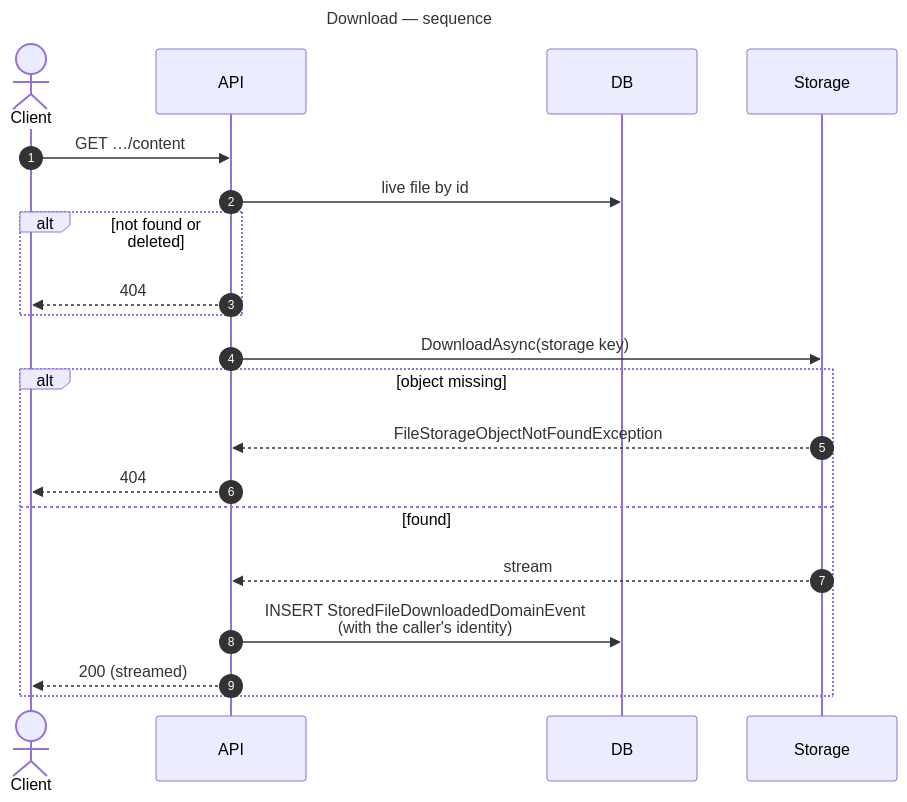
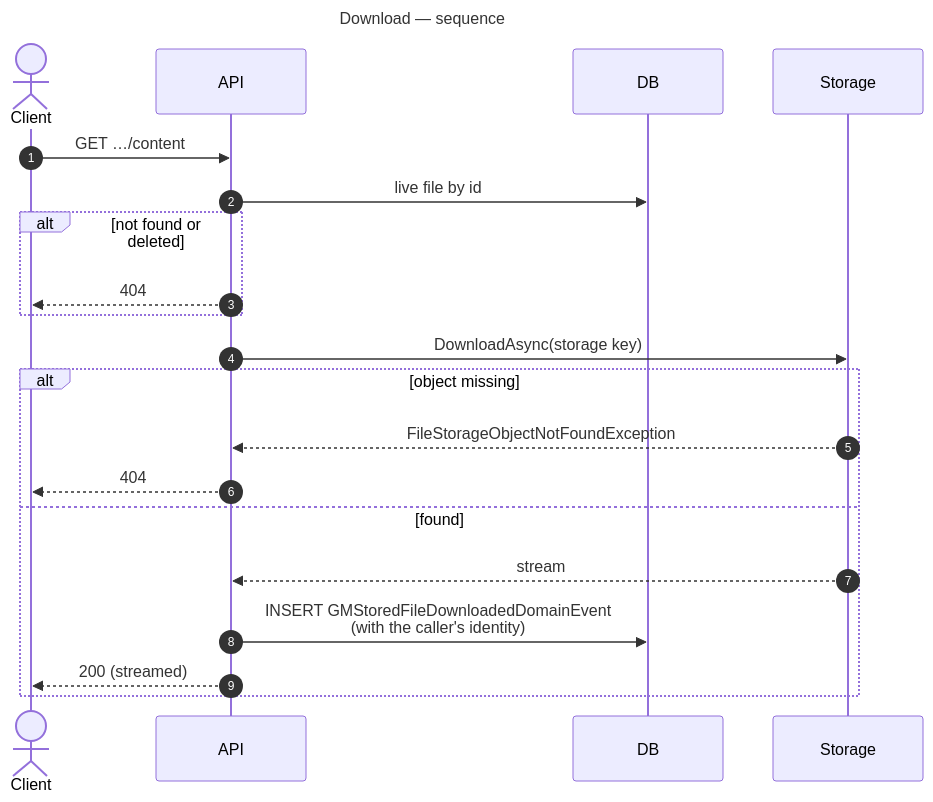
The seventh of 16 diagrams in docs/sequence-diagrams.md (gmetskhvarishvili/GM.FileStorage.Samples), drawn with Mermaid before and after one commit. The commit also changed 13 other files, not shown here.

````diff
--- a/docs/sequence-diagrams.md
+++ b/docs/sequence-diagrams.md
@@ -244,26 +244,26 @@
 ```mermaid
 ---
 title: Download — sequence
 ---
 sequenceDiagram
     autonumber
     actor C as Client
     participant API
     participant DB
     participant S as Storage
 
     C->>API: GET …/content
     API->>DB: live file by id
     alt not found or deleted
         API-->>C: 404
     end
     API->>S: DownloadAsync(storage key)
     alt object missing
         S-->>API: FileStorageObjectNotFoundException
         API-->>C: 404
     else found
         S-->>API: stream
-        API->>DB: INSERT StoredFileDownloadedDomainEvent<br/>(with the caller's identity)
+        API->>DB: INSERT GMStoredFileDownloadedDomainEvent<br/>(with the caller's identity)
         API-->>C: 200 (streamed)
     end
 ```
````
